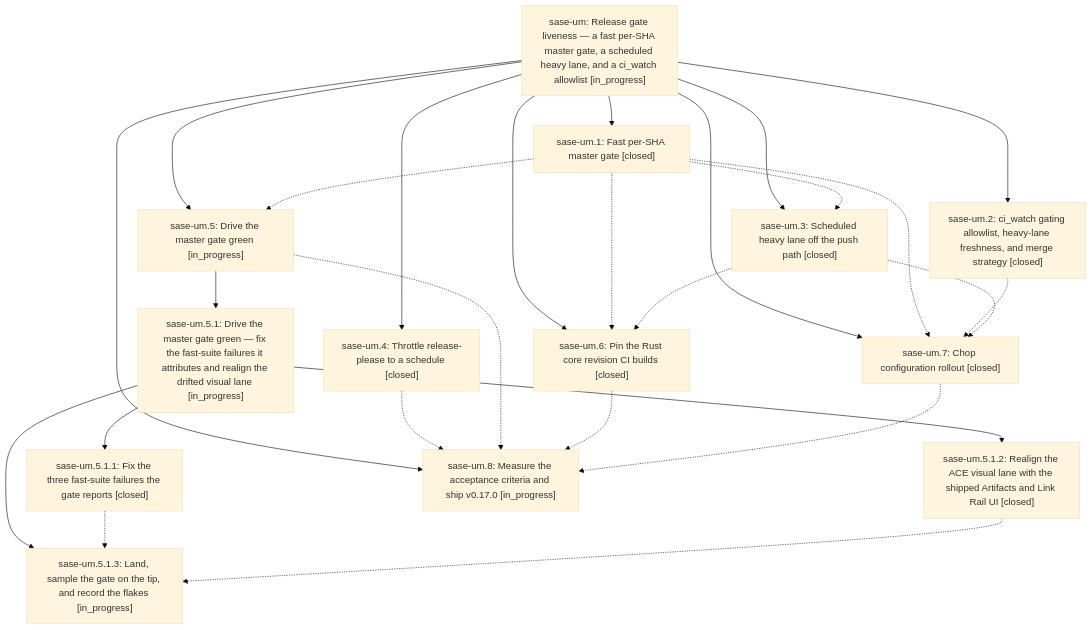
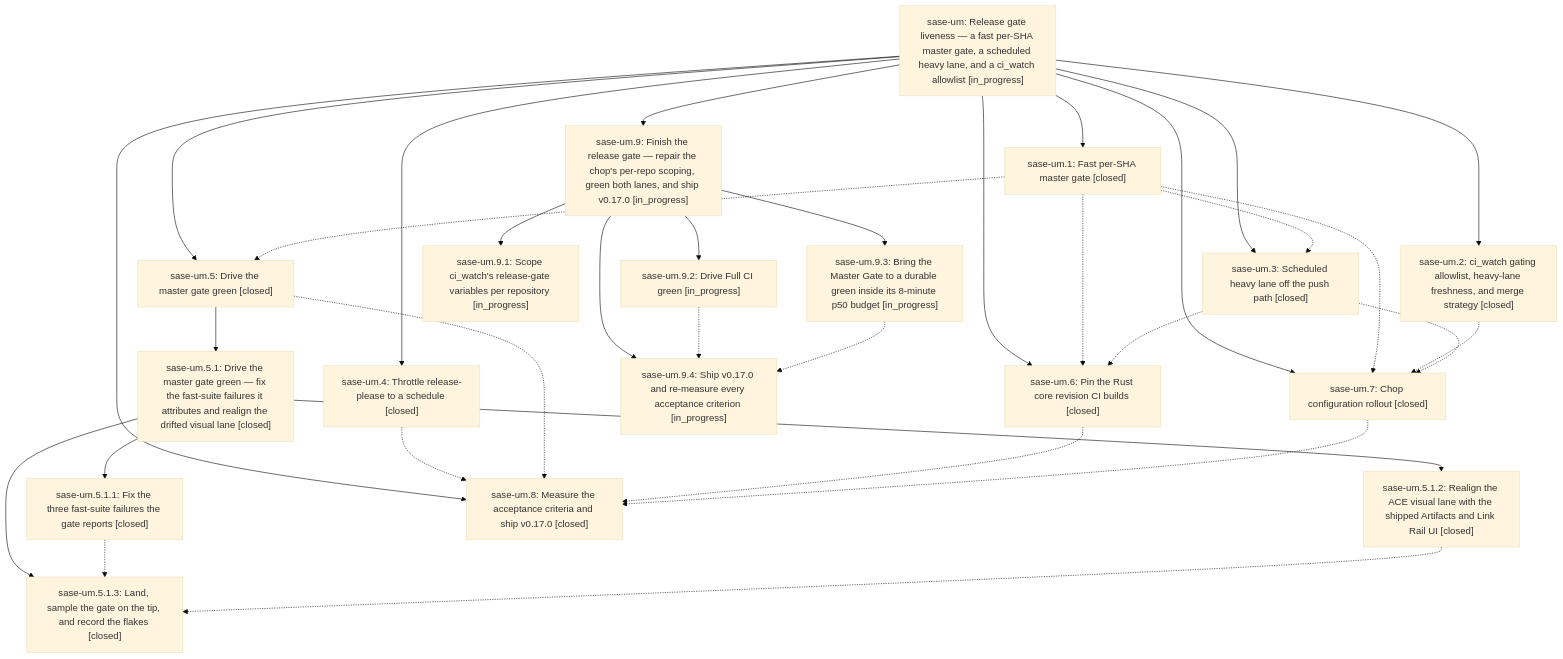
Before and after one commit to sase-org/sase--beads: the diagram in pages/sase-um/README.md, drawn with Mermaid (base theme). The commit also changed other lines of this file and 15 other files, not shown here.

````diff
--- a/pages/sase-um/README.md
+++ b/pages/sase-um/README.md
@@ -41,41 +118,53 @@
 ```mermaid
 flowchart TD
     n0["sase-um: Release gate liveness — a fast per-SHA master gate, a scheduled heavy lane, and a ci_watch allowlist [in_progress]"]
     n1["sase-um.1: Fast per-SHA master gate [closed]"]
     n2["sase-um.2: ci_watch gating allowlist, heavy-lane freshness, and merge strategy [closed]"]
     n3["sase-um.3: Scheduled heavy lane off the push path [closed]"]
     n4["sase-um.4: Throttle release-please to a schedule [closed]"]
-    n5["sase-um.5: Drive the master gate green [in_progress]"]
-    n6["sase-um.5.1: Drive the master gate green — fix the fast-suite failures it attributes and realign the drifted visual lane [in_progress]"]
+    n5["sase-um.5: Drive the master gate green [closed]"]
+    n6["sase-um.5.1: Drive the master gate green — fix the fast-suite failures it attributes and realign the drifted visual lane [closed]"]
     n7["sase-um.5.1.1: Fix the three fast-suite failures the gate reports [closed]"]
     n8["sase-um.5.1.2: Realign the ACE visual lane with the shipped Artifacts and Link Rail UI [closed]"]
-    n9["sase-um.5.1.3: Land, sample the gate on the tip, and record the flakes [in_progress]"]
+    n9["sase-um.5.1.3: Land, sample the gate on the tip, and record the flakes [closed]"]
     n10["sase-um.6: Pin the Rust core revision CI builds [closed]"]
     n11["sase-um.7: Chop configuration rollout [closed]"]
-    n12["sase-um.8: Measure the acceptance criteria and ship v0.17.0 [in_progress]"]
+    n12["sase-um.8: Measure the acceptance criteria and ship v0.17.0 [closed]"]
+    n13["sase-um.9: Finish the release gate — repair the chop's per-repo scoping, green both lanes, and ship v0.17.0 [in_progress]"]
+    n14["sase-um.9.1: Scope ci_watch's release-gate variables per repository [in_progress]"]
+    n15["sase-um.9.2: Drive Full CI green [in_progress]"]
+    n16["sase-um.9.3: Bring the Master Gate to a durable green inside its 8-minute p50 budget [in_progress]"]
+    n17["sase-um.9.4: Ship v0.17.0 and re-measure every acceptance criterion [in_progress]"]
     n0 --> n1
     n0 --> n2
     n0 --> n3
     n0 --> n4
     n0 --> n5
     n5 --> n6
     n6 --> n7
     n6 --> n8
     n6 --> n9
     n0 --> n10
     n0 --> n11
     n0 --> n12
+    n0 --> n13
+    n13 --> n14
+    n13 --> n15
+    n13 --> n16
+    n13 --> n17
     n1 -.-> n3
     n1 -.-> n5
     n1 -.-> n10
     n1 -.-> n11
     n2 -.-> n11
     n3 -.-> n10
     n3 -.-> n11
     n4 -.-> n12
     n5 -.-> n12
     n7 -.-> n9
     n8 -.-> n9
     n10 -.-> n12
     n11 -.-> n12
+    n15 -.-> n17
+    n16 -.-> n17
 ```
````
